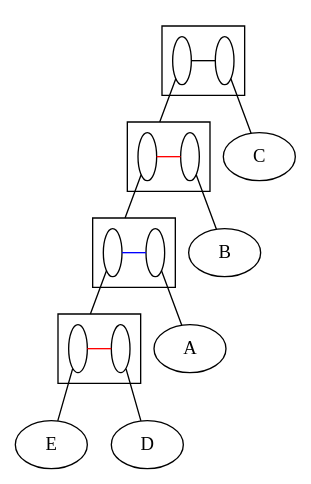
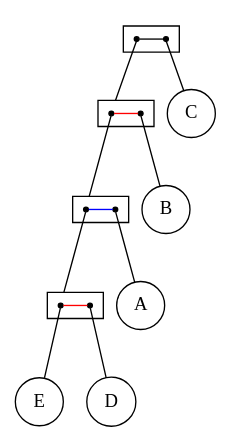
The diagram in src/final/Structure.dot (lrodrin/TFG), drawn with Graphviz before and after one commit. The commit also changed 14 other files, not shown here.

```diff
--- a/src/final/Structure.dot
+++ b/src/final/Structure.dot
@@ -1,56 +1,58 @@
 digraph G {
-compound=True;
-C;
-B;
-A;
-E;
-D;
-subgraph cluster_DACBE {
-s_EABD [label=" ", fillcolor=white, fixedsize=True, width=0.2];
-s_C [label=" ", fillcolor=white, fixedsize=True, width=0.2];
+compound=true;
+fontname=Verdana;
+fontsize=12;
+C [shape=circle];
+B [shape=circle];
+A [shape=circle];
+E [shape=circle];
+D [shape=circle];
+subgraph cluster_DCBAE {
+s_EDAB [label=" ", fixedsize=true, shape=point];
+s_C [label=" ", fixedsize=true, shape=point];
 subgraph  {
 rank=same;
-s_EABD -> s_C  [arrowhead=none, color=black];
+s_EDAB -> s_C  [arrowhead=none, color=black];
 }
 
 }
 
-subgraph cluster_EABD {
-s_AED [label=" ", fillcolor=white, fixedsize=True, width=0.2];
-s_B [label=" ", fillcolor=white, fixedsize=True, width=0.2];
+subgraph cluster_EDAB {
+s_EDA [label=" ", fixedsize=true, shape=point];
+s_B [label=" ", fixedsize=true, shape=point];
 subgraph  {
 rank=same;
-s_AED -> s_B  [arrowhead=none, color=red];
+s_EDA -> s_B  [arrowhead=none, color=red];
 }
 
 }
 
-subgraph cluster_AED {
-s_ED [label=" ", fillcolor=white, fixedsize=True, width=0.2];
-s_A [label=" ", fillcolor=white, fixedsize=True, width=0.2];
+subgraph cluster_EDA {
+s_ED [label=" ", fixedsize=true, shape=point];
+s_A [label=" ", fixedsize=true, shape=point];
 subgraph  {
 rank=same;
 s_ED -> s_A  [arrowhead=none, color=blue];
 }
 
 }
 
 subgraph cluster_ED {
-s_E [label=" ", fillcolor=white, fixedsize=True, width=0.2];
-s_D [label=" ", fillcolor=white, fixedsize=True, width=0.2];
+s_E [label=" ", fixedsize=true, shape=point];
+s_D [label=" ", fixedsize=true, shape=point];
 subgraph  {
 rank=same;
 s_E -> s_D  [arrowhead=none, color=red];
 }
 
 }
 
 s_C -> C  [arrowhead=none];
 s_B -> B  [arrowhead=none];
 s_A -> A  [arrowhead=none];
 s_E -> E  [arrowhead=none];
 s_D -> D  [arrowhead=none];
-s_EABD -> s_AED  [arrowhead=none, lhead=cluster_EABD];
-s_AED -> s_ED  [arrowhead=none, lhead=cluster_AED];
+s_EDAB -> s_EDA  [arrowhead=none, lhead=cluster_EDAB];
+s_EDA -> s_ED  [arrowhead=none, lhead=cluster_EDA];
 s_ED -> s_E  [arrowhead=none, lhead=cluster_ED];
 }
```
